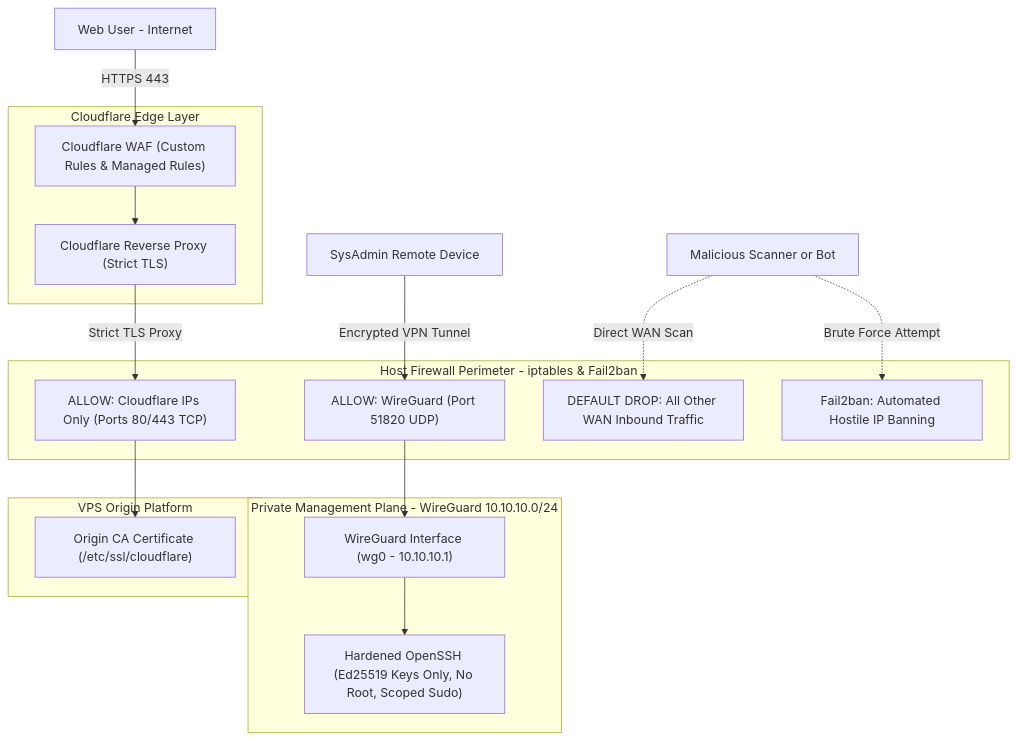
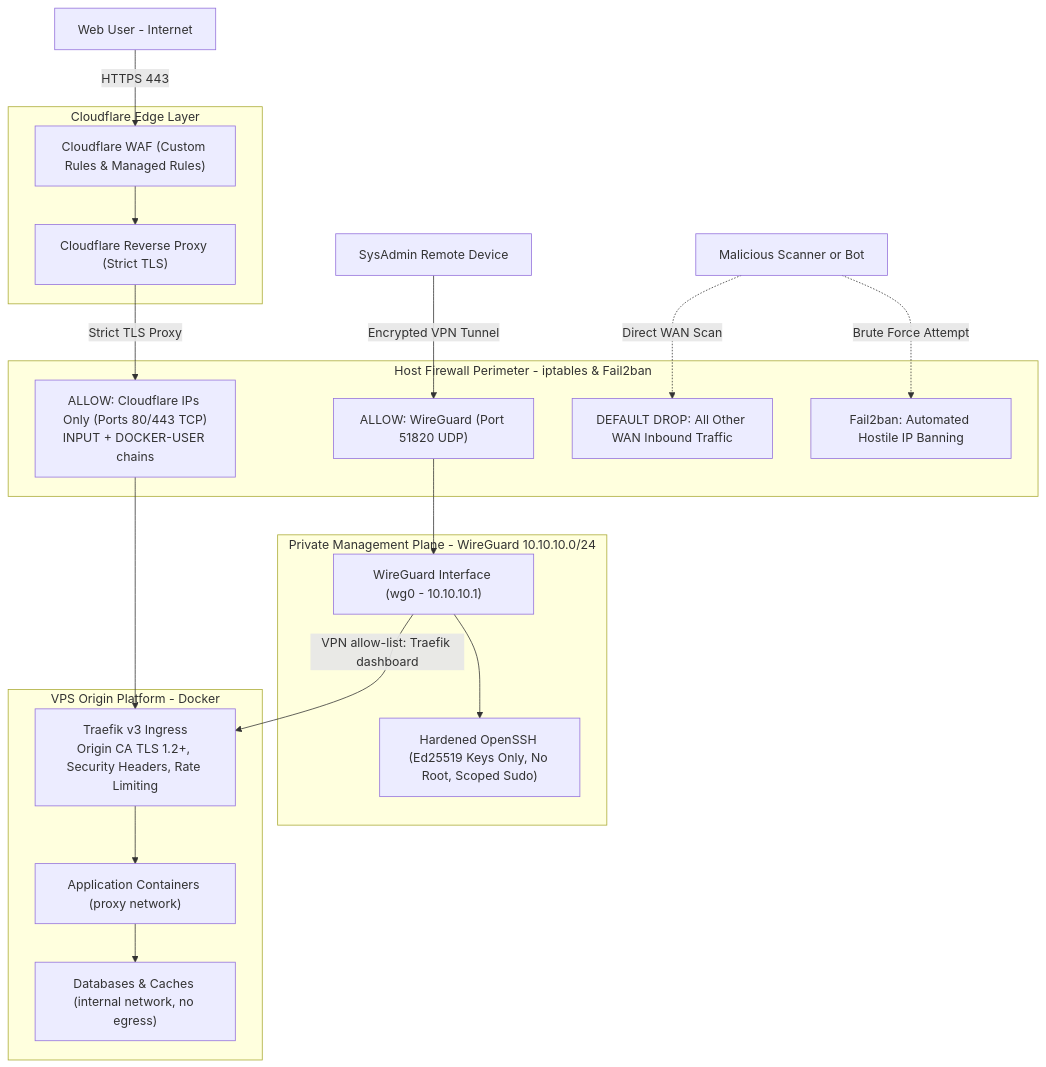
One commit to gabzaf/zero-trust-vps-platform changed the diagram in README.md. Above: the diagram before and after it, drawn with Mermaid. The commit also changed other lines of this file and 6 other files, not shown here.

Commit message:
feat(docs): add Case 02 container platform and Traefik ingress documentation

````diff
--- a/README.md
+++ b/README.md
@@ -13,39 +15,43 @@
 ```mermaid
 graph TD
     User["Web User - Internet"]
     Attacker["Malicious Scanner or Bot"]
     Admin["SysAdmin Remote Device"]
 
     subgraph Cloudflare_Edge["Cloudflare Edge Layer"]
         CF_WAF["Cloudflare WAF (Custom Rules & Managed Rules)"]
         CF_PROXY["Cloudflare Reverse Proxy (Strict TLS)"]
         CF_WAF --> CF_PROXY
     end
 
     subgraph Host_Firewall["Host Firewall Perimeter - iptables & Fail2ban"]
-        FW_CF["ALLOW: Cloudflare IPs Only (Ports 80/443 TCP)"]
+        FW_CF["ALLOW: Cloudflare IPs Only (Ports 80/443 TCP)<br/>INPUT + DOCKER-USER chains"]
         FW_WG["ALLOW: WireGuard (Port 51820 UDP)"]
         FW_DROP["DEFAULT DROP: All Other WAN Inbound Traffic"]
         F2B["Fail2ban: Automated Hostile IP Banning"]
     end
 
     subgraph Admin_Plane["Private Management Plane - WireGuard 10.10.10.0/24"]
         WG_IF["WireGuard Interface (wg0 - 10.10.10.1)"]
         SSH["Hardened OpenSSH (Ed25519 Keys Only, No Root, Scoped Sudo)"]
         WG_IF --> SSH
     end
 
-    subgraph Origin_Layer["VPS Origin Platform"]
-        ORIGIN_SSL["Origin CA Certificate (/etc/ssl/cloudflare)"]
+    subgraph Origin_Layer["VPS Origin Platform - Docker"]
+        TRAEFIK["Traefik v3 Ingress<br/>Origin CA TLS 1.2+, Security Headers, Rate Limiting"]
+        APP["Application Containers (proxy network)"]
+        DB["Databases & Caches (internal network, no egress)"]
+        TRAEFIK --> APP --> DB
     end
 
     User -->|HTTPS 443| CF_WAF
     CF_PROXY -->|Strict TLS Proxy| FW_CF
-    FW_CF --> ORIGIN_SSL
+    FW_CF --> TRAEFIK
 
     Attacker -.->|Direct WAN Scan| FW_DROP
     Attacker -.->|Brute Force Attempt| F2B
 
     Admin -->|Encrypted VPN Tunnel| FW_WG
     FW_WG --> WG_IF
+    WG_IF -->|VPN allow-list: Traefik dashboard| TRAEFIK
 ```
````
